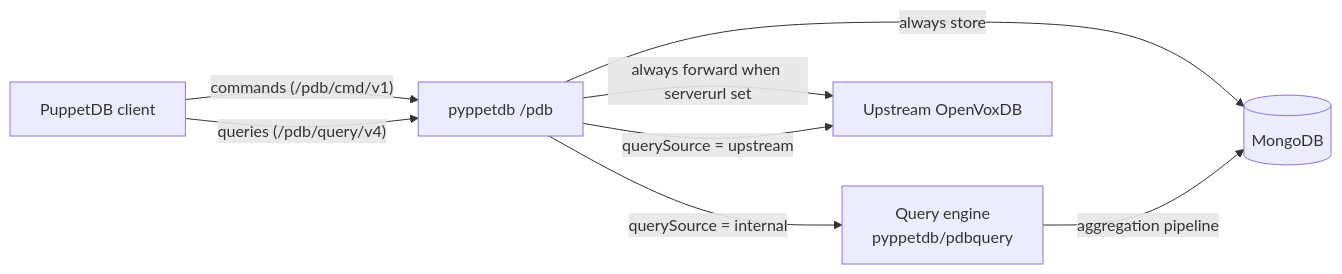
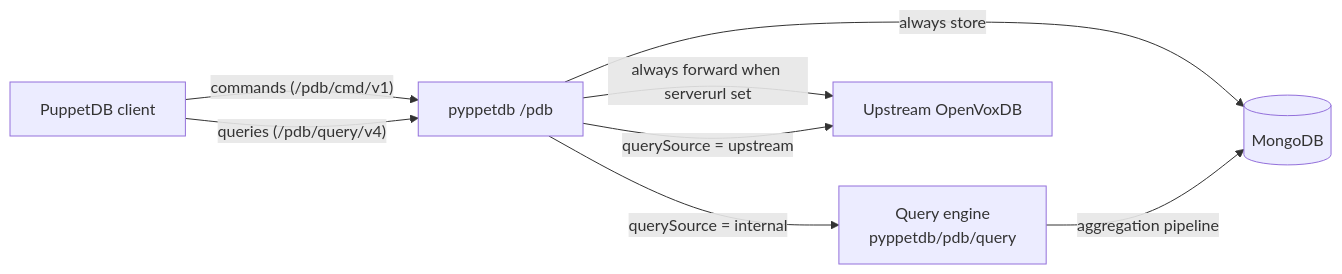
The third of 5 diagrams in docs/architecture.md (schlitzered/pyppetdb), drawn with Mermaid before and after one commit. The commit also changed other lines of this file and 31 other files, not shown here.

First line of the commit message:
Move the PuppetDB engine to pyppetdb/pdb/query and the ingest queue to pyppetdb/pdb/ingest

````diff
--- a/docs/architecture.md
+++ b/docs/architecture.md
@@ -81,16 +81,16 @@
 ```mermaid
 graph LR
     C[PuppetDB client]
     P["pyppetdb /pdb"]
-    E["Query engine<br/>pyppetdb/pdbquery"]
+    E["Query engine<br/>pyppetdb/pdb/query"]
     DB[(MongoDB)]
     UPS[Upstream OpenVoxDB]
 
     C -- "commands (/pdb/cmd/v1)" --> P
     P -- "always store" --> DB
     P -- "always forward when serverurl set" --> UPS
     C -- "queries (/pdb/query/v4)" --> P
     P -- "querySource = internal" --> E
     E -- "aggregation pipeline" --> DB
     P -- "querySource = upstream" --> UPS
 ```
````
